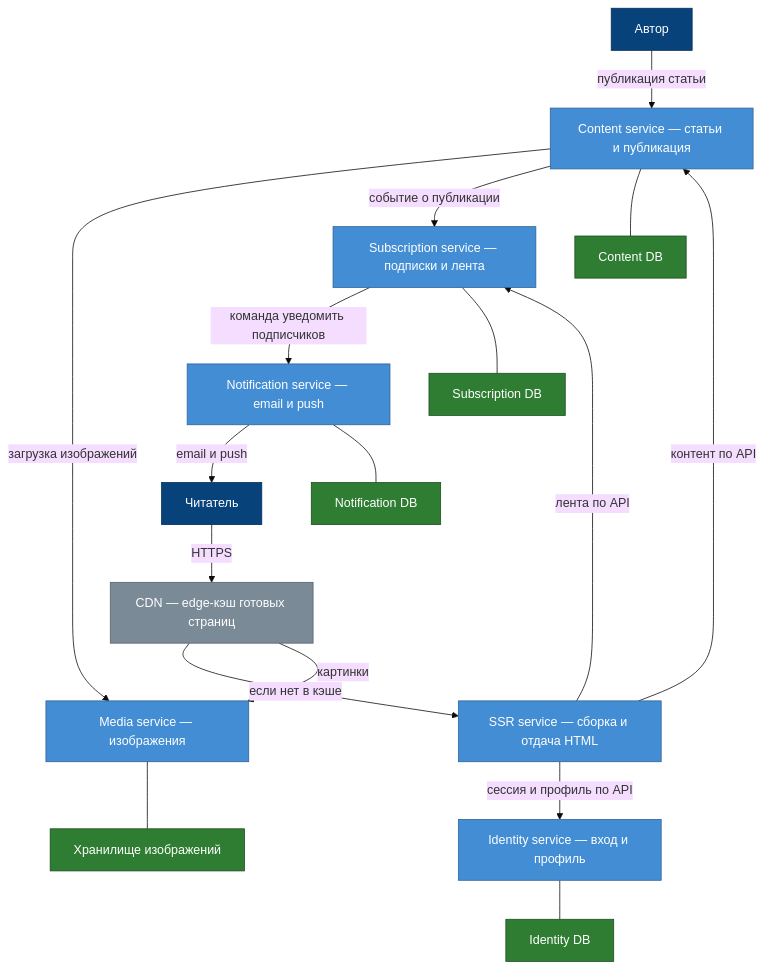
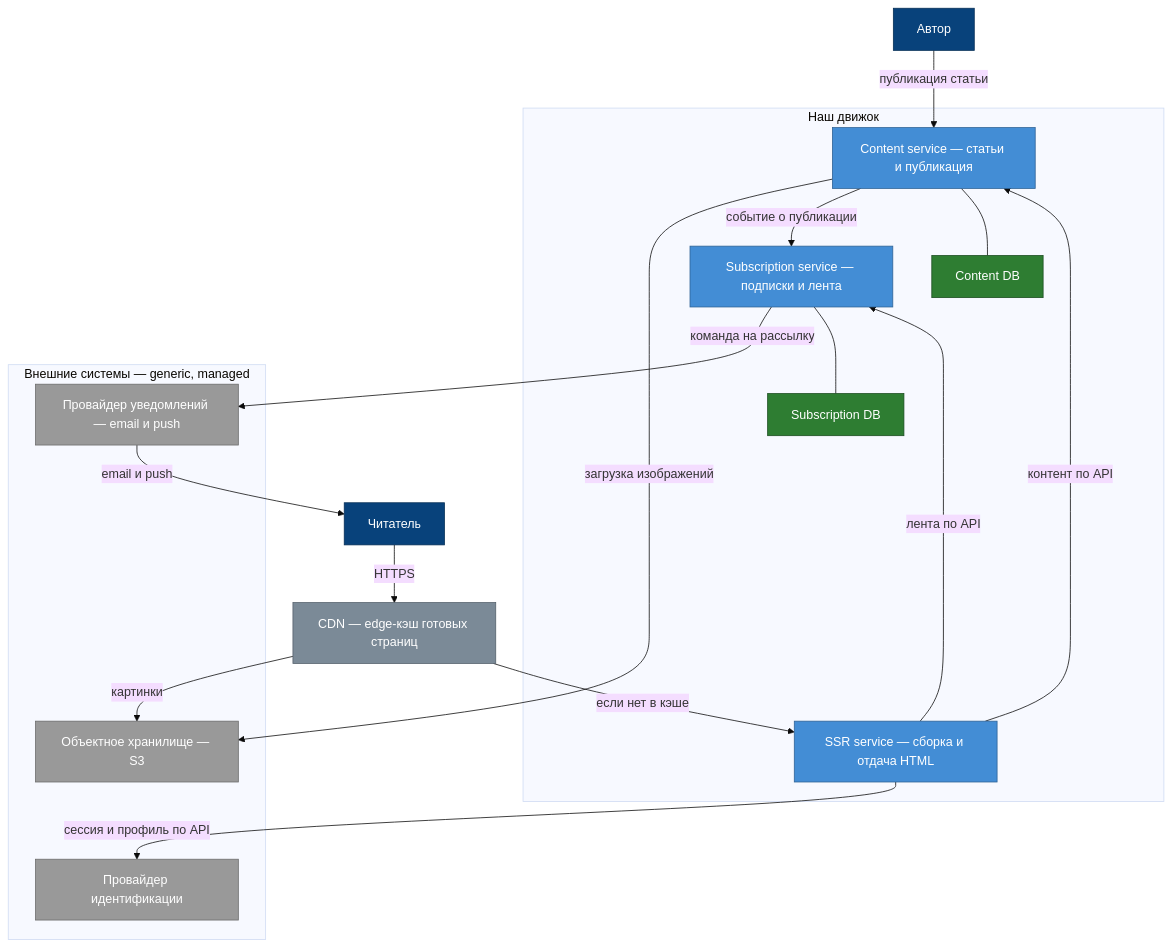
One commit to mekostin/otus-arc-web-project changed the diagram in docs/04-decomposition.md. Above: the diagram before and after it, drawn with Mermaid (base theme). The commit also changed other lines of this file and 6 other files, not shown here.

Commit message:
W3: Fix review — generic subdomains as external, unify naming, CDN status

````diff
--- a/docs/04-decomposition.md
+++ b/docs/04-decomposition.md
@@ -70,47 +83,47 @@
 ```mermaid
 graph TB
     author["Автор"]
     reader["Читатель"]
 
     cdn["CDN — edge-кэш готовых страниц"]
-    ssr["SSR service — сборка и отдача HTML"]
 
-    content["Content service — статьи и публикация"]
-    subs["Subscription service — подписки и лента"]
-    identity["Identity service — вход и профиль"]
-    media["Media service — изображения"]
-    notify["Notification service — email и push"]
+    subgraph platform["Наш движок"]
+        ssr["SSR service — сборка и отдача HTML"]
+        content["Content service — статьи и публикация"]
+        subs["Subscription service — подписки и лента"]
+        contentDb["Content DB"]
+        subsDb["Subscription DB"]
+    end
 
-    contentDb["Content DB"]
-    subsDb["Subscription DB"]
-    identityDb["Identity DB"]
-    notifyDb["Notification DB"]
-    mediaStore["Хранилище изображений"]
+    subgraph externals["Внешние системы — generic, managed"]
+        identity["Провайдер идентификации"]
+        media["Объектное хранилище — S3"]
+        notify["Провайдер уведомлений — email и push"]
+    end
 
     author -->|"публикация статьи"| content
     reader -->|"HTTPS"| cdn
     cdn -->|"если нет в кэше"| ssr
     cdn -->|"картинки"| media
     ssr -->|"контент по API"| content
     ssr -->|"сессия и профиль по API"| identity
     ssr -->|"лента по API"| subs
     content -->|"загрузка изображений"| media
     content -->|"событие о публикации"| subs
-    subs -->|"команда уведомить подписчиков"| notify
+    subs -->|"команда на рассылку"| notify
     notify -->|"email и push"| reader
 
     content --- contentDb
     subs --- subsDb
-    identity --- identityDb
-    notify --- notifyDb
-    media --- mediaStore
 
     classDef svc fill:#438dd5,stroke:#2e6295,color:#ffffff;
     classDef store fill:#2e7d32,stroke:#1b4d20,color:#ffffff;
     classDef infra fill:#7b8a97,stroke:#55606b,color:#ffffff;
+    classDef external fill:#999999,stroke:#6b6b6b,color:#ffffff;
     classDef person fill:#08427b,stroke:#052e56,color:#ffffff;
-    class ssr,content,subs,identity,media,notify svc;
-    class contentDb,subsDb,identityDb,notifyDb,mediaStore store;
+    class ssr,content,subs svc;
+    class contentDb,subsDb store;
     class cdn infra;
+    class identity,media,notify external;
     class author,reader person;
 ```
````
